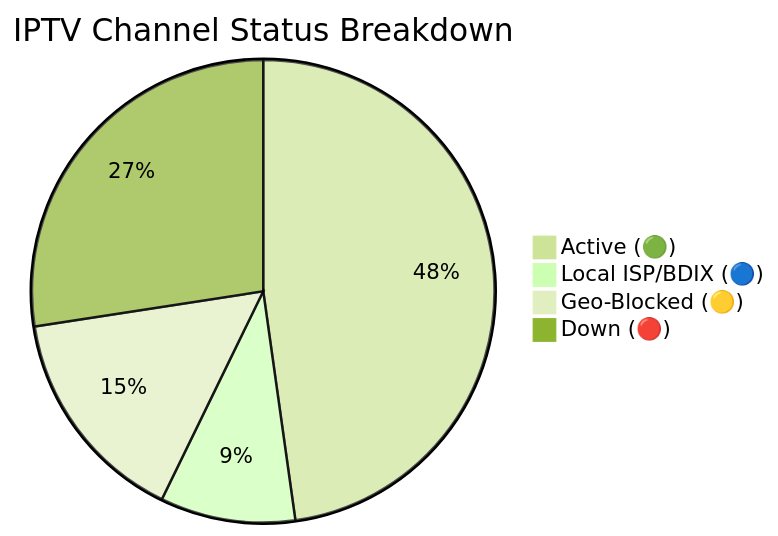
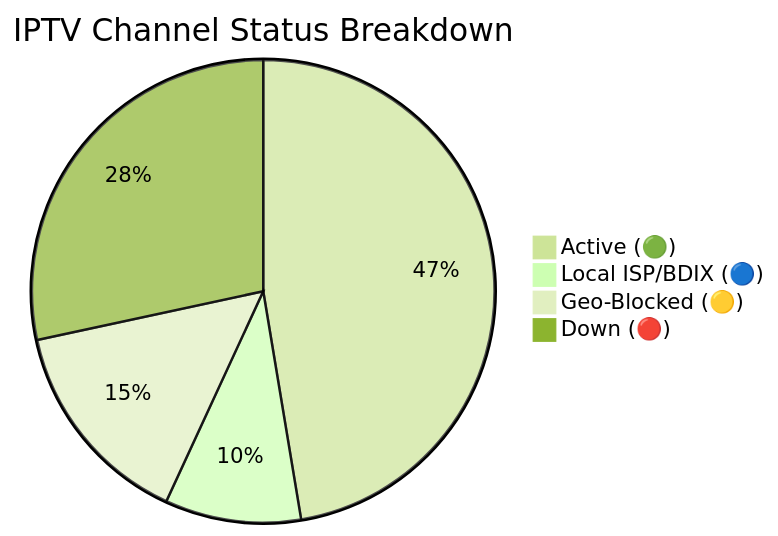
Before and after one commit to f6388600-ai/Web: the diagram in README.md, drawn with Mermaid (forest theme). The commit also changed other lines of this file and 6 other files, not shown here.

````diff
--- a/README.md
+++ b/README.md
@@ -149,7 +149,7 @@
 ```mermaid
 pie title IPTV Channel Status Breakdown
-    "Active (🟢)" : 8161
-    "Local ISP/BDIX (🔵)" : 1612
-    "Geo-Blocked (🟡)" : 2621
-    "Down (🔴)" : 4687
+    "Active (🟢)" : 8107
+    "Local ISP/BDIX (🔵)" : 1626
+    "Geo-Blocked (🟡)" : 2522
+    "Down (🔴)" : 4856
 ```
````
